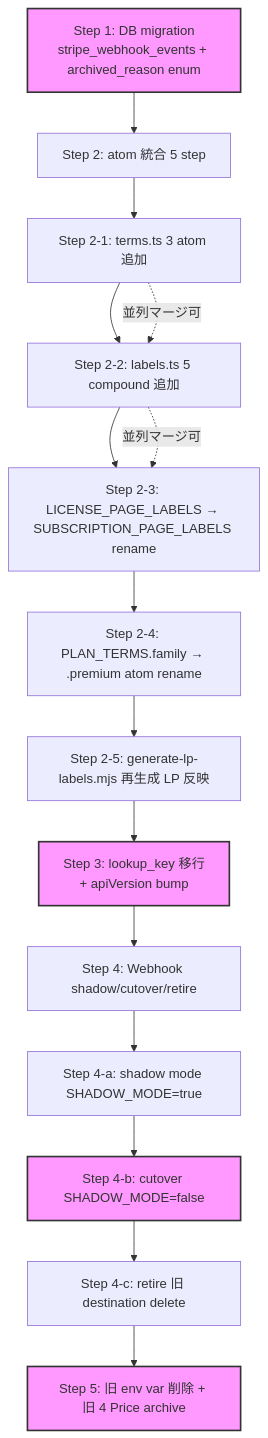
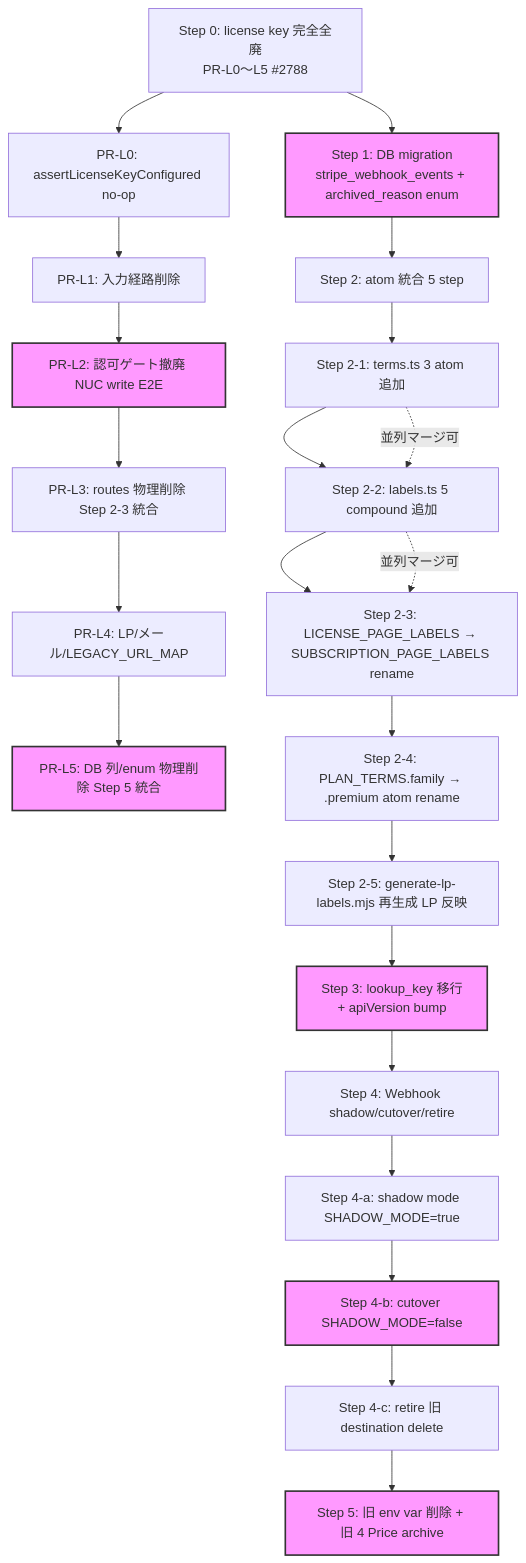
Before and after one commit to Takenori-Kusaka/ganbari-quest: the second of 2 diagrams in docs/design/billing-redesign/phase6-phase7-execution-ssot.md, drawn with Mermaid. The commit also changed other lines of this file and 1 other file, not shown here.

Commit message:
docs: #2788 Phase 6 license key 全廃反映 — 文脈判断 6 件再評価 + Phase 7 Step 0 前置

````diff
--- a/docs/design/billing-redesign/phase6-phase7-execution-ssot.md
+++ b/docs/design/billing-redesign/phase6-phase7-execution-ssot.md
@@ -273,21 +293,28 @@
 ```mermaid
 flowchart TD
-    S1[Step 1: DB migration<br/>stripe_webhook_events + archived_reason enum] --> S2[Step 2: atom 統合 5 step]
+    S0[Step 0: license key 完全全廃<br/>PR-L0〜L5 #2788] --> S1[Step 1: DB migration<br/>stripe_webhook_events + archived_reason enum]
+    S0 --> S0a[PR-L0: assertLicenseKeyConfigured no-op]
+    S0a --> S0b[PR-L1: 入力経路削除]
+    S0b --> S0c[PR-L2: 認可ゲート撤廃 NUC write E2E]
+    S0c --> S0d[PR-L3: routes 物理削除 Step 2-3 統合]
+    S0d --> S0e[PR-L4: LP/メール/LEGACY_URL_MAP]
+    S0e --> S0f[PR-L5: DB 列/enum 物理削除 Step 5 統合]
+    S1 --> S2[Step 2: atom 統合 5 step]
     S2 --> S2a[Step 2-1: terms.ts 3 atom 追加]
     S2a --> S2b[Step 2-2: labels.ts 5 compound 追加]
     S2b --> S2c[Step 2-3: LICENSE_PAGE_LABELS → SUBSCRIPTION_PAGE_LABELS rename]
     S2c --> S2d[Step 2-4: PLAN_TERMS.family → .premium atom rename]
     S2d --> S2e[Step 2-5: generate-lp-labels.mjs 再生成 LP 反映]
     S2e --> S3[Step 3: lookup_key 移行<br/>+ apiVersion bump]
     S3 --> S4[Step 4: Webhook shadow/cutover/retire]
     S4 --> S4a[Step 4-a: shadow mode SHADOW_MODE=true]
     S4a --> S4b[Step 4-b: cutover SHADOW_MODE=false]
     S4b --> S4c[Step 4-c: retire 旧 destination delete]
     S4c --> S5[Step 5: 旧 env var 削除 + 旧 4 Price archive]
 
     S2a -.->|並列マージ可| S2b
     S2b -.->|並列マージ可| S2c
 
     classDef critical fill:#f9f,stroke:#333,stroke-width:2px
-    class S1,S3,S4b,S5 critical
+    class S0c,S0f,S1,S3,S4b,S5 critical
 ```
````
